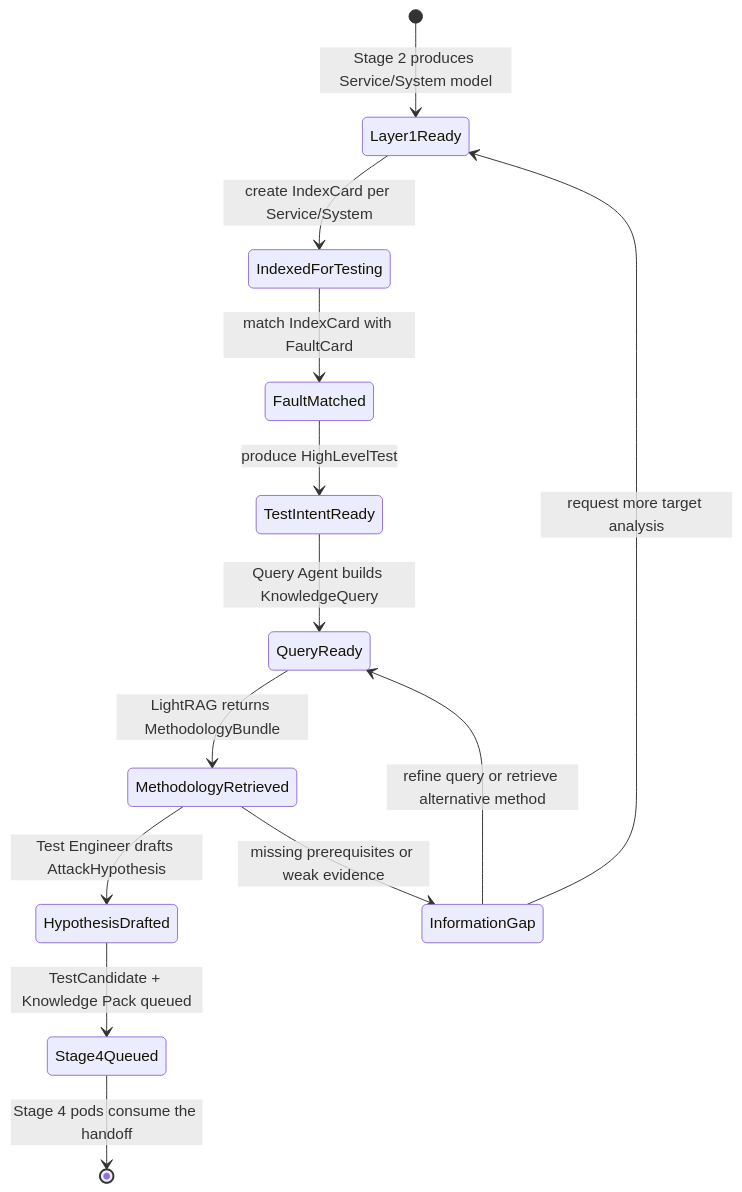
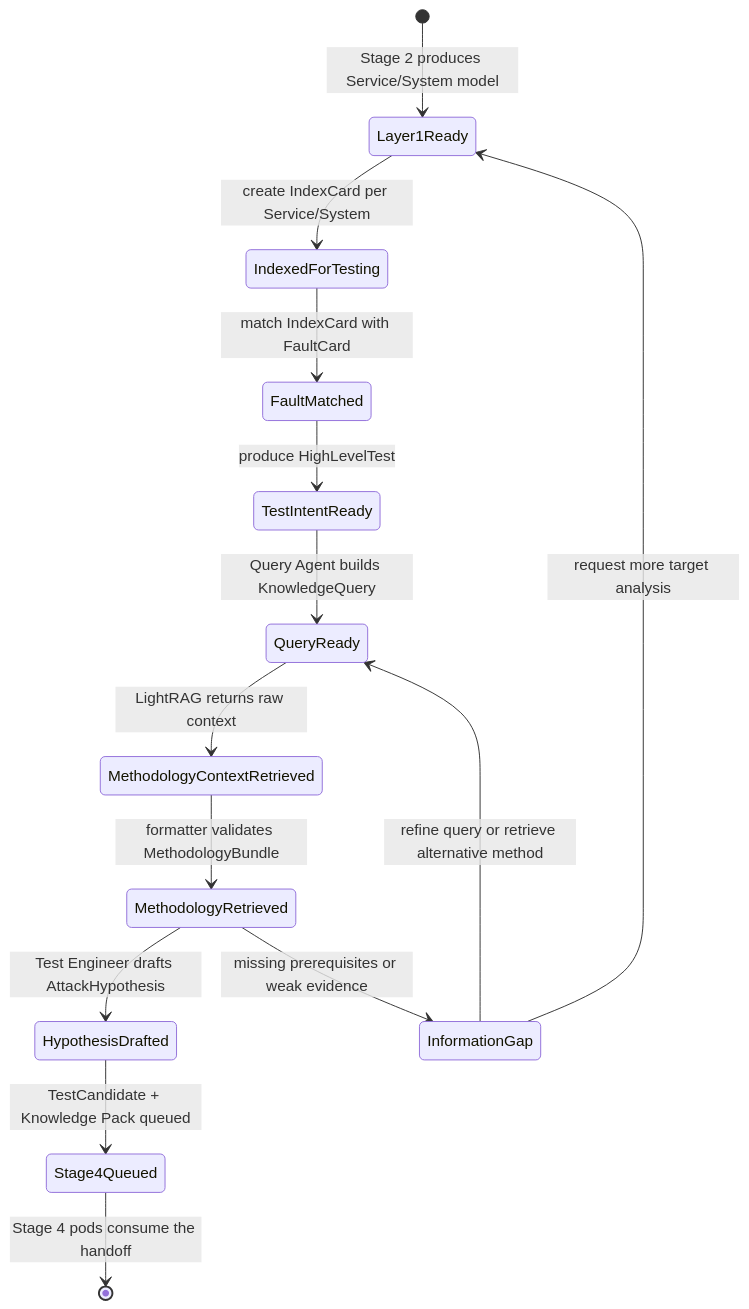
The second of 2 diagrams in docs/design/lightrag/stage-3-test-design-flow.md (Diekgbbtt/polyphemus), drawn with Mermaid before and after one commit. The commit also changed other lines of this file and 46 other files, not shown here.

Commit message:
feat(lightrag): ship structured methodology bundle runtime

````diff
--- a/docs/design/lightrag/stage-3-test-design-flow.md
+++ b/docs/design/lightrag/stage-3-test-design-flow.md
@@ -77,16 +80,17 @@
 ```mermaid
 stateDiagram-v2
     [*] --> Layer1Ready: Stage 2 produces Service/System model
     Layer1Ready --> IndexedForTesting: create IndexCard per Service/System
     IndexedForTesting --> FaultMatched: match IndexCard with FaultCard
     FaultMatched --> TestIntentReady: produce HighLevelTest
     TestIntentReady --> QueryReady: Query Agent builds KnowledgeQuery
-    QueryReady --> MethodologyRetrieved: LightRAG returns MethodologyBundle
+    QueryReady --> MethodologyContextRetrieved: LightRAG returns raw context
+    MethodologyContextRetrieved --> MethodologyRetrieved: formatter validates MethodologyBundle
     MethodologyRetrieved --> HypothesisDrafted: Test Engineer drafts AttackHypothesis
     HypothesisDrafted --> Stage4Queued: TestCandidate + Knowledge Pack queued
     Stage4Queued --> [*]: Stage 4 pods consume the handoff
 
     MethodologyRetrieved --> InformationGap: missing prerequisites or weak evidence
     InformationGap --> Layer1Ready: request more target analysis
     InformationGap --> QueryReady: refine query or retrieve alternative method
 ```
````
